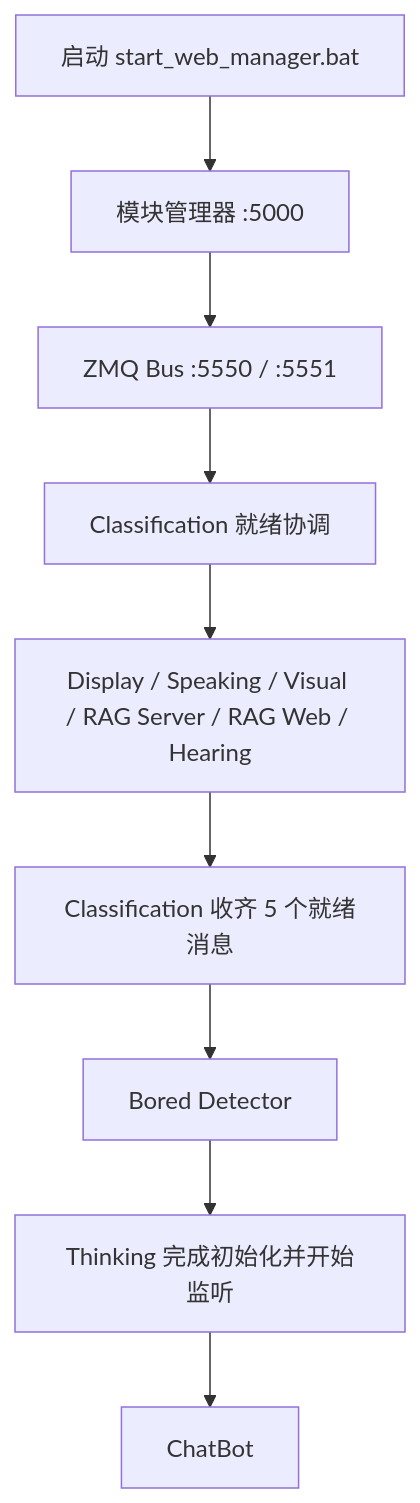
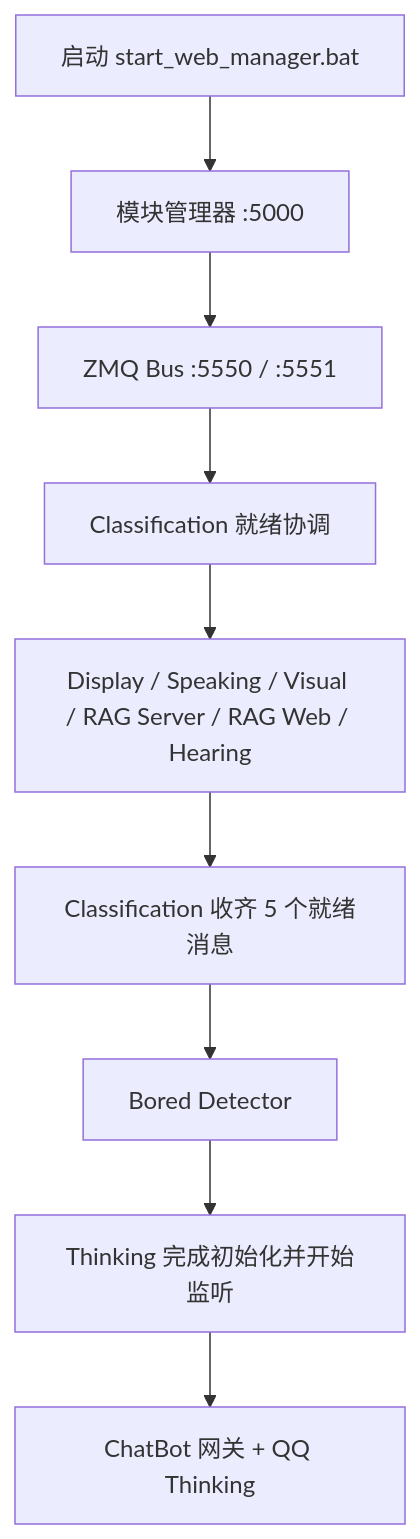
The diagram in START_HERE.md (yororoA/Bines), drawn with Mermaid before and after one commit. The commit also changed other lines of this file and 3 other files, not shown here.

````diff
--- a/START_HERE.md
+++ b/START_HERE.md
@@ -18,11 +54,11 @@
 ```mermaid
 flowchart TD
     A[启动 start_web_manager.bat] --> B[模块管理器 :5000]
     B --> C[ZMQ Bus :5550 / :5551]
     C --> D[Classification 就绪协调]
     D --> E[Display / Speaking / Visual / RAG Server / RAG Web / Hearing]
     E --> F[Classification 收齐 5 个就绪消息]
     F --> G[Bored Detector]
     G --> H[Thinking 完成初始化并开始监听]
-    H --> I[ChatBot]
+    H --> I[ChatBot 网关 + QQ Thinking]
 ```
````
